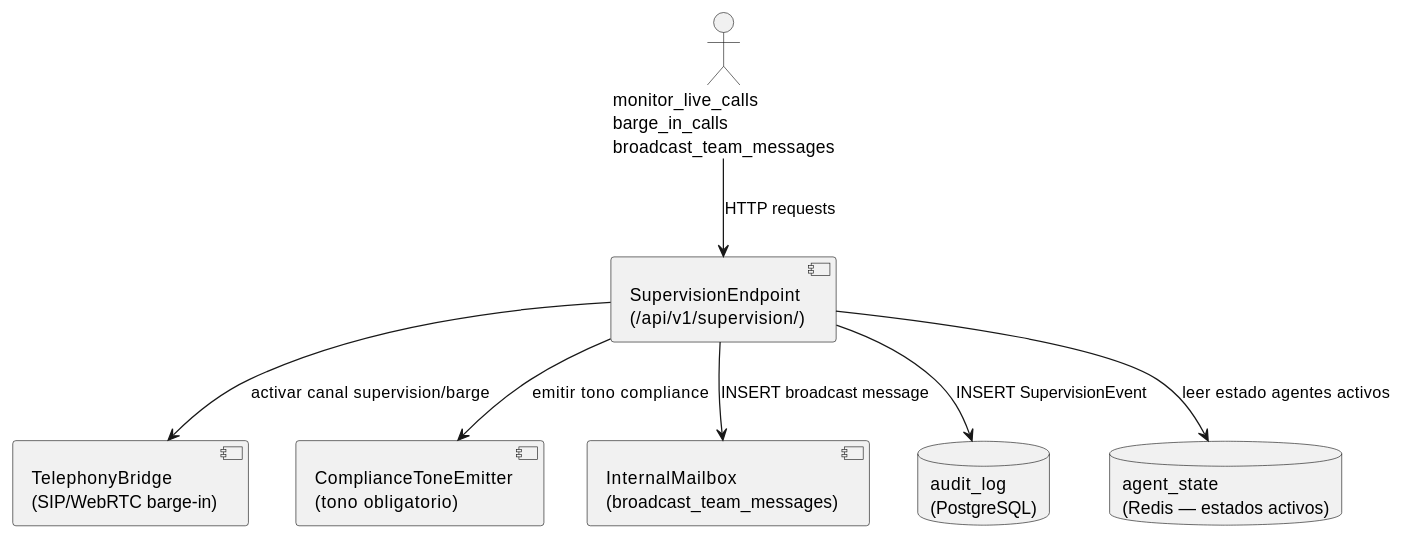
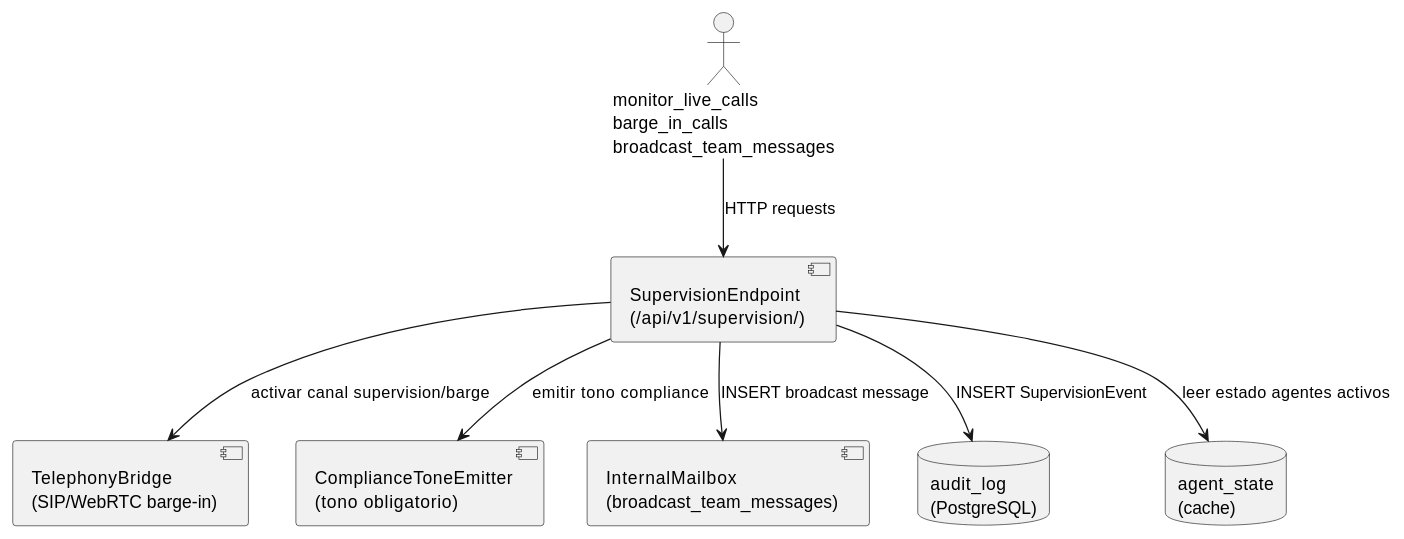
The diagram in source/arquitectura-tecnica/modulos/supervision/diagramas/componentes-mod-supervision.rst (jcg-admin/IACT-docs), drawn with PlantUML before and after one commit. The commit also changed 160 other files, not shown here.

```diff
--- a/source/arquitectura-tecnica/modulos/supervision/diagramas/componentes-mod-supervision.rst
+++ b/source/arquitectura-tecnica/modulos/supervision/diagramas/componentes-mod-supervision.rst
@@ -22,23 +22,23 @@
 .. uml::
  :caption: Componentes de MOD_Supervision y sus dependencias.
 
  @startuml
 
  actor "monitor_live_calls\nbarge_in_calls\nbroadcast_team_messages" as monitor_live_calls
 
  component "SupervisionEndpoint\n(/api/v1/supervision/)" as Supervisionendpoint
  component "TelephonyBridge\n(SIP/WebRTC barge-in)" as Telephonybridge
  component "ComplianceToneEmitter\n(tono obligatorio)" as TONE
  component "InternalMailbox\n(broadcast_team_messages)" as Internalmailbox
 
  database "audit_log\n(PostgreSQL)" as audit_log
- database "agent_state\n(Redis — estados activos)" as STATE
+ database "agent_state\n(cache)" as STATE
 
  monitor_live_calls --> Supervisionendpoint : HTTP requests
  Supervisionendpoint --> Telephonybridge : activar canal supervision/barge
  Supervisionendpoint --> TONE : emitir tono compliance
  Supervisionendpoint --> Internalmailbox : INSERT broadcast message
  Supervisionendpoint --> audit_log : INSERT SupervisionEvent
  Supervisionendpoint --> STATE : leer estado agentes activos
 
  @enduml
```
